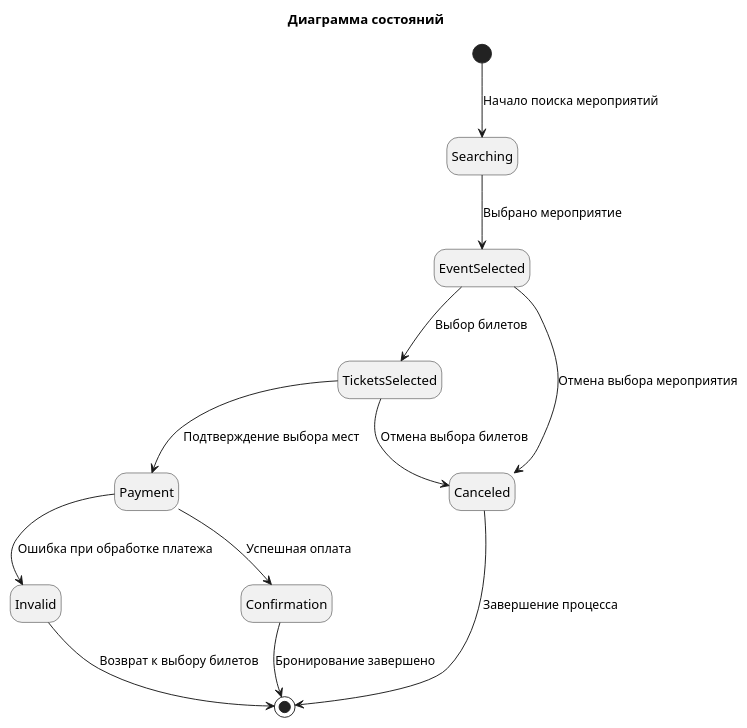
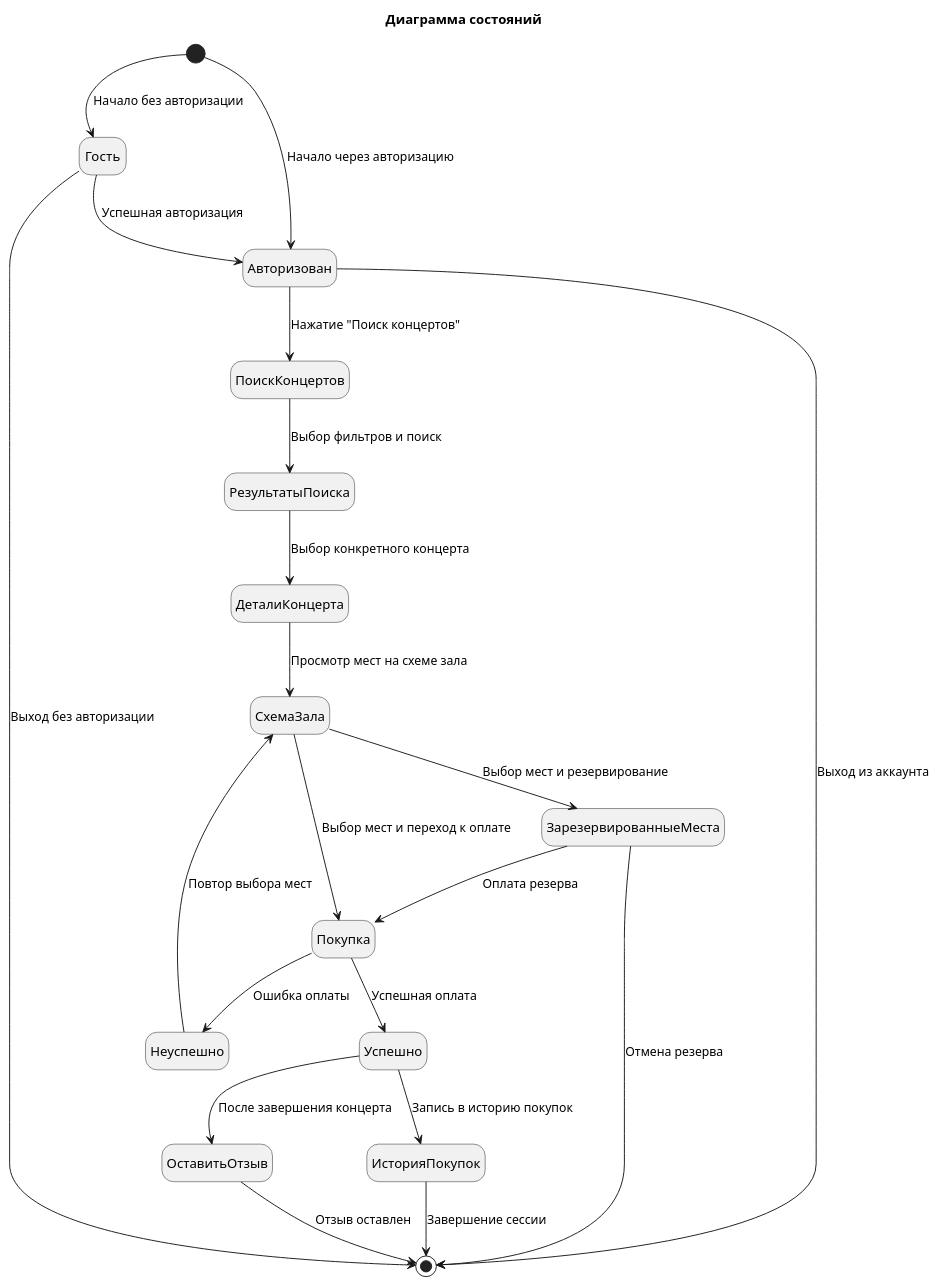
Before and after one commit to amfunNylord/rtpo: the diagram in 2. Технический проект/state.puml, drawn with PlantUML. The commit also changed 1 other file, not shown here.

Commit message:
Исправил диаграмму состояний

```diff
--- a/2. Технический проект/state.puml
+++ b/2. Технический проект/state.puml
@@ -1,17 +1,35 @@
 @startuml Диаграмма состояний
-    title Диаграмма состояний
-    top to bottom direction
-    hide empty description
-    skinparam nodesep 65
-    [*] --> Searching : Начало поиска мероприятий
-    Searching --> EventSelected : Выбрано мероприятие
-    EventSelected --> TicketsSelected : Выбор билетов
-    TicketsSelected --> Payment : Подтверждение выбора мест
-    Payment --> Invalid : Ошибка при обработке платежа
-    Payment --> Confirmation : Успешная оплата
-    Confirmation --> [*] : Бронирование завершено
-    Invalid --> [*] : Возврат к выбору билетов
-    EventSelected --> Canceled : Отмена выбора мероприятия
-    TicketsSelected --> Canceled : Отмена выбора билетов
-    Canceled --> [*] : Завершение процесса
+title Диаграмма состояний
+top to bottom direction
+hide empty description
+skinparam nodesep 65
+
+[*] --> Гость : Начало без авторизации
+[*] --> Авторизован : Начало через авторизацию
+
+Гость --> Авторизован : Успешная авторизация
+Гость --> [*] : Выход без авторизации
+
+Авторизован --> ПоискКонцертов : Нажатие "Поиск концертов"
+Авторизован --> [*] : Выход из аккаунта
+
+ПоискКонцертов --> РезультатыПоиска : Выбор фильтров и поиск
+РезультатыПоиска --> ДеталиКонцерта : Выбор конкретного концерта
+ДеталиКонцерта --> СхемаЗала : Просмотр мест на схеме зала
+СхемаЗала --> ЗарезервированныеМеста : Выбор мест и резервирование
+ЗарезервированныеМеста --> Покупка : Оплата резерва
+ЗарезервированныеМеста --> [*] : Отмена резерва
+СхемаЗала --> Покупка : Выбор мест и переход к оплате
+
+Покупка --> Успешно : Успешная оплата
+Покупка --> Неуспешно : Ошибка оплаты
+Неуспешно --> СхемаЗала : Повтор выбора мест
+
+Успешно --> ИсторияПокупок : Запись в историю покупок
+ИсторияПокупок --> [*] : Завершение сессии
+
+Успешно --> ОставитьОтзыв : После завершения концерта
+ОставитьОтзыв --> [*] : Отзыв оставлен
+
+
 @enduml
```
